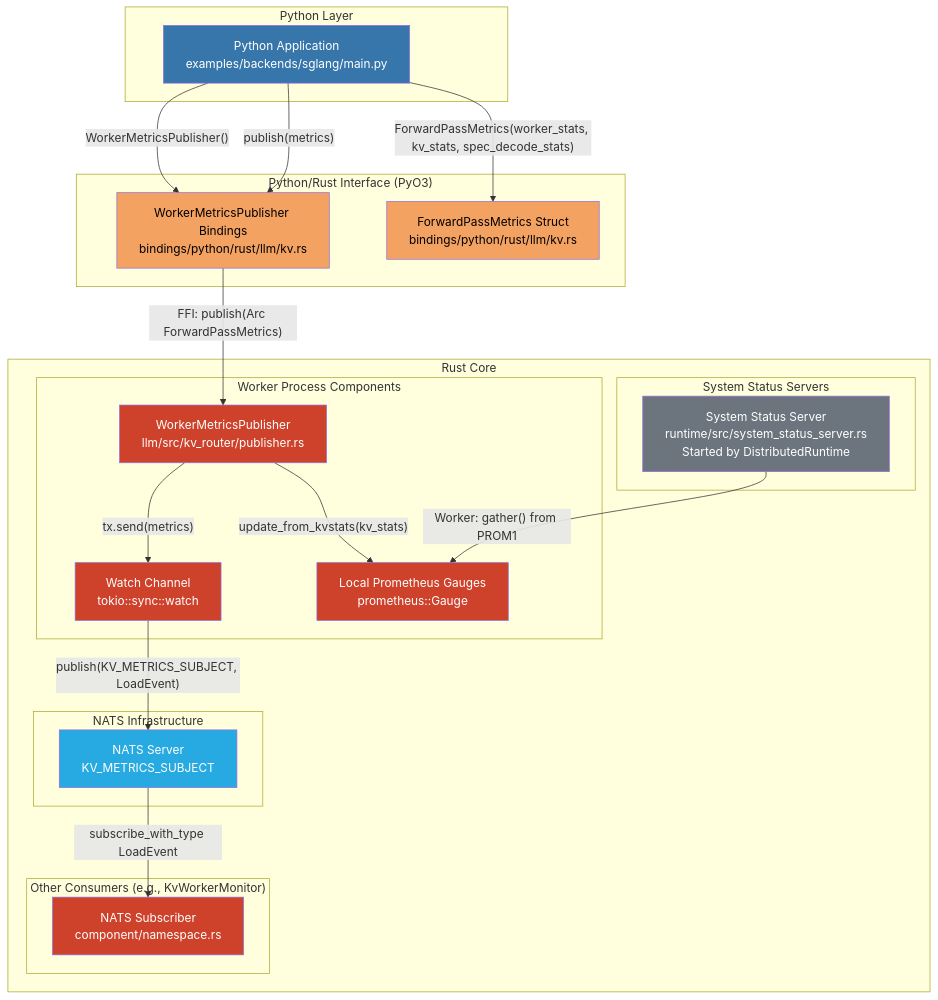
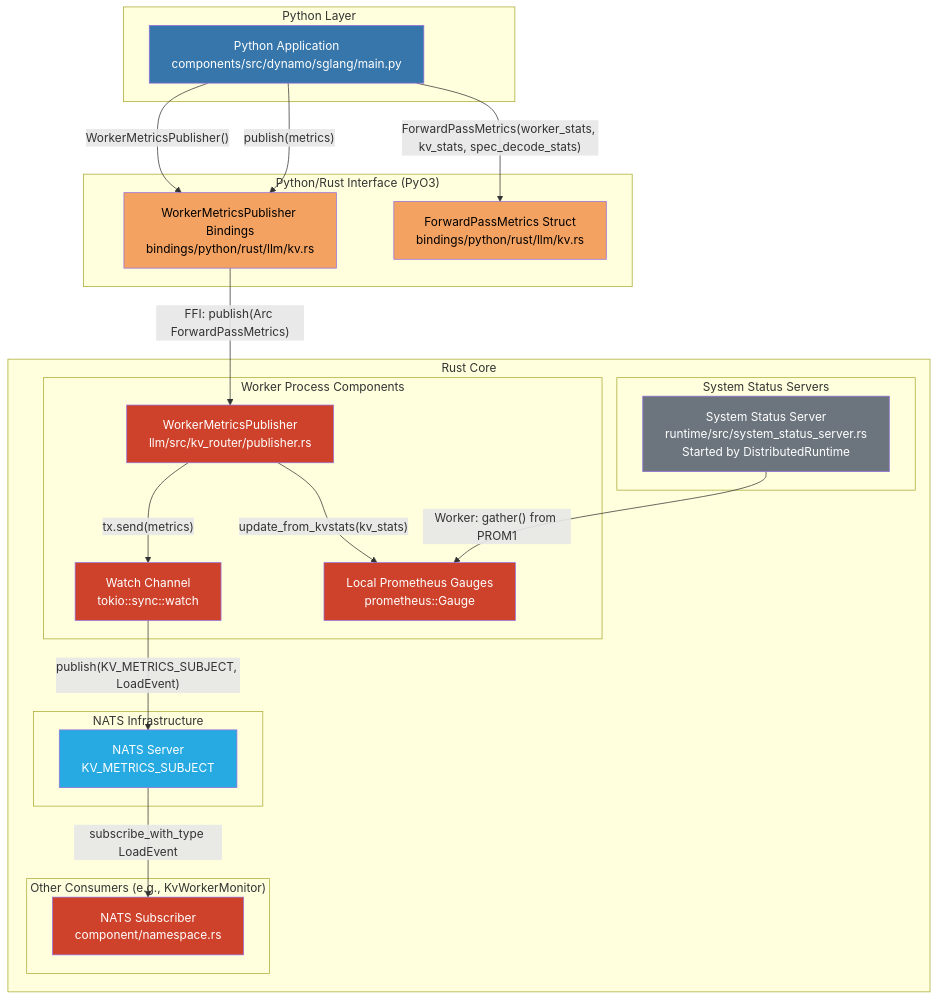
The first of 2 diagrams in lib/bindings/python/examples/metrics/README.md (ai-dynamo/dynamo), drawn with Mermaid before and after one commit. The commit also changed other lines of this file and 3 other files, not shown here.

````diff
--- a/lib/bindings/python/examples/metrics/README.md
+++ b/lib/bindings/python/examples/metrics/README.md
@@ -268,51 +268,51 @@
 ```mermaid
 graph TB
     subgraph "Python Layer"
-        PY[Python Application<br/>examples/backends/sglang/main.py]
+        PY[Python Application<br/>components/src/dynamo/sglang/main.py]
         style PY fill:#3776ab,color:#fff
     end
 
     subgraph "Python/Rust Interface (PyO3)"
         WMPB[WorkerMetricsPublisher Bindings<br/>bindings/python/rust/llm/kv.rs]
         FPM[ForwardPassMetrics Struct<br/>bindings/python/rust/llm/kv.rs]
         style WMPB fill:#f4a261,color:#000
         style FPM fill:#f4a261,color:#000
     end
 
     subgraph "Rust Core"
         subgraph "Worker Process Components"
             WMP[WorkerMetricsPublisher<br/>llm/src/kv_router/publisher.rs]
             WATCH[Watch Channel<br/>tokio::sync::watch]
             PROM1[Local Prometheus Gauges<br/>prometheus::Gauge]
         end
 
         subgraph "NATS Infrastructure"
             NATS[NATS Server<br/>KV_METRICS_SUBJECT]
         end
 
         subgraph "Other Consumers (e.g., KvWorkerMonitor)"
             SUB[NATS Subscriber<br/>component/namespace.rs]
         end
 
         subgraph "System Status Servers"
             SS[System Status Server<br/>runtime/src/system_status_server.rs<br/>Started by DistributedRuntime]
         end
 
         style WMP fill:#ce422b,color:#fff
         style WATCH fill:#ce422b,color:#fff
         style PROM1 fill:#ce422b,color:#fff
         style NATS fill:#27aae1,color:#fff
         style SUB fill:#ce422b,color:#fff
         style SS fill:#6c757d,color:#fff
     end
 
     PY -->|"WorkerMetricsPublisher()"| WMPB
     PY -->|"ForwardPassMetrics(worker_stats, kv_stats, spec_decode_stats)"| FPM
     PY -->|"publish(metrics)"| WMPB
     WMPB -->|"FFI: publish(Arc ForwardPassMetrics)"| WMP
     WMP -->|"update_from_kvstats(kv_stats)"| PROM1
     WMP -->|"tx.send(metrics)"| WATCH
     WATCH -->|"publish(KV_METRICS_SUBJECT, LoadEvent)"| NATS
     NATS -->|"subscribe_with_type LoadEvent"| SUB
     SS -->|"Worker: gather() from PROM1"| PROM1
 ```
````
